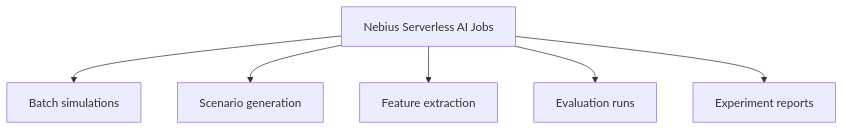
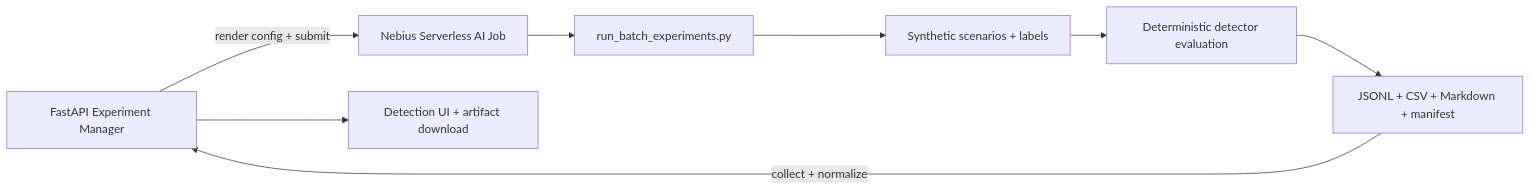
One commit to khab40/aimada changed the first of 2 diagrams in docs/nebius-deployment.md. Above: the diagram before and after it, drawn with Mermaid. The commit also changed other lines of this file and 33 other files, not shown here.

Commit message:
feat: added CI, more tests, fixed docs, ARDs, diagrams, duplicates

````diff
--- a/docs/nebius-deployment.md
+++ b/docs/nebius-deployment.md
@@ -15,15 +15,18 @@
 ```mermaid
-graph TD
-    Jobs["Nebius Serverless AI Jobs"]
-    Batch["Batch simulations"]
-    Scenario["Scenario generation"]
-    Features["Feature extraction"]
-    Evaluation["Evaluation runs"]
-    Reports["Experiment reports"]
+flowchart LR
+    API["FastAPI Experiment Manager"]
+    Job["Nebius Serverless AI Job"]
+    Runner["run_batch_experiments.py"]
+    Simulation["Synthetic scenarios + labels"]
+    Detection["Deterministic detector evaluation"]
+    Artifacts["JSONL + CSV + Markdown + manifest"]
+    Review["Detection UI + artifact download"]
 
-    Jobs --> Batch
-    Jobs --> Scenario
-    Jobs --> Features
-    Jobs --> Evaluation
-    Jobs --> Reports
+    API -->|"render config + submit"| Job
+    Job --> Runner
+    Runner --> Simulation
+    Simulation --> Detection
+    Detection --> Artifacts
+    Artifacts -->|"collect + normalize"| API
+    API --> Review
 ```
````
